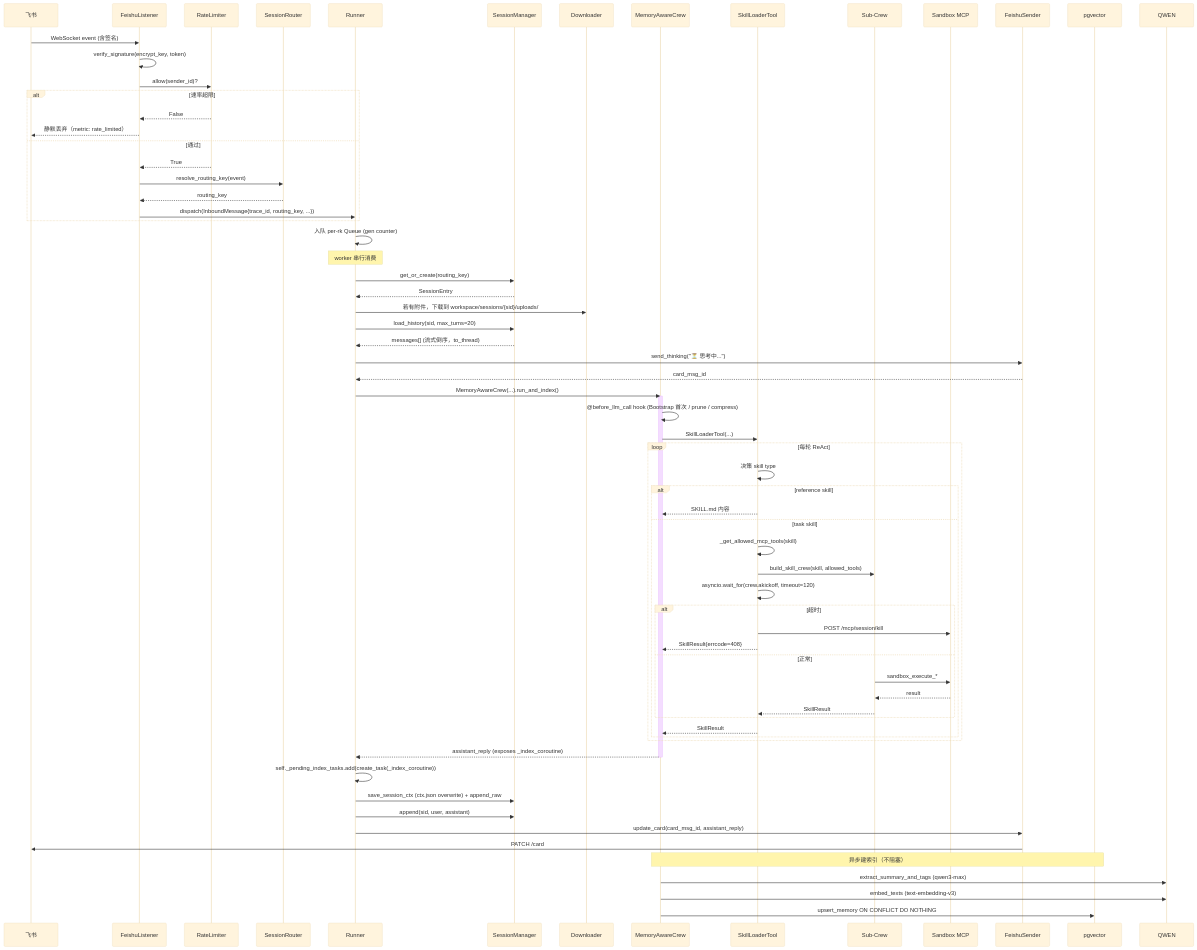
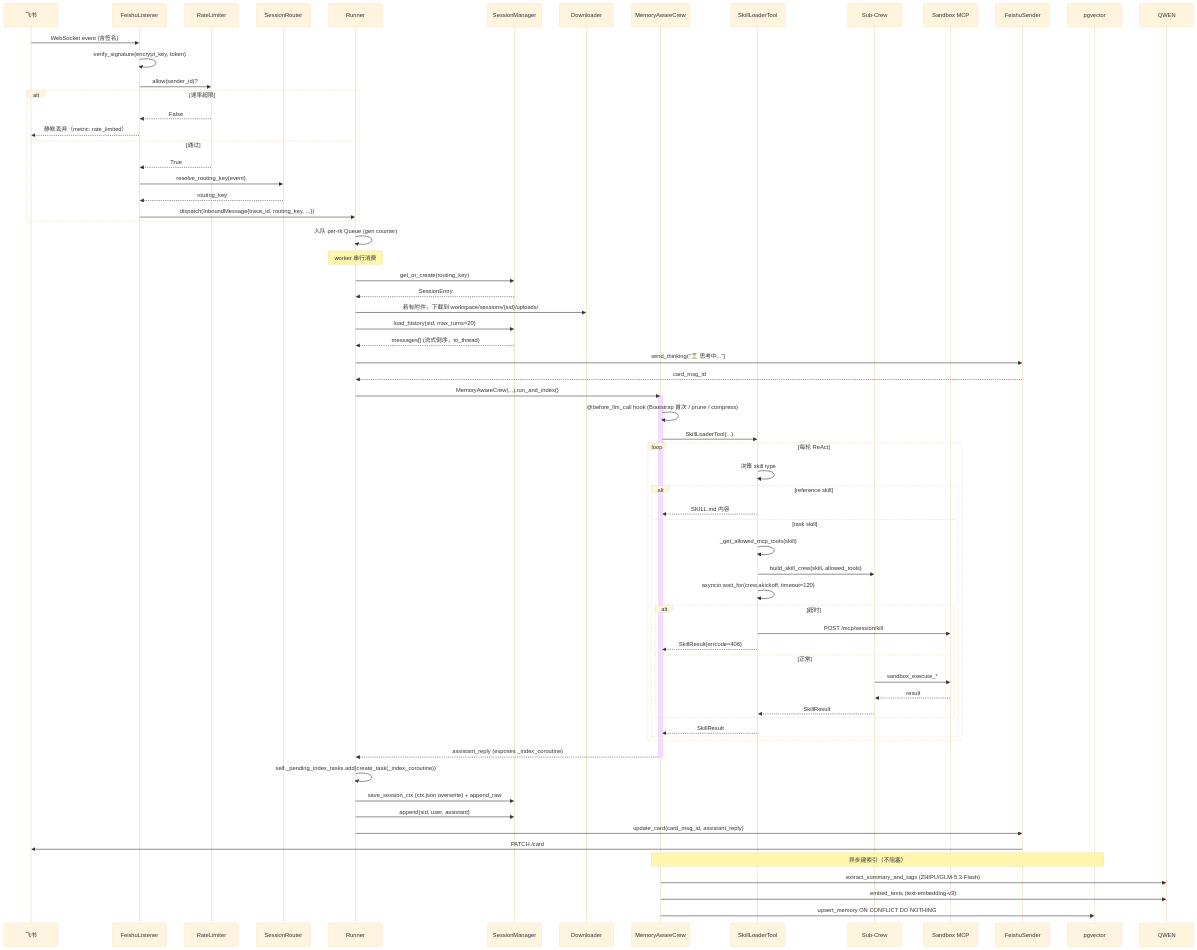
Before and after one commit to Philip-LZ/feishu_agent: the second of 3 diagrams in docs/01-architecture.md, drawn with Mermaid (base theme). The commit also changed 45 other files, not shown here.

Commit message:
change model from qwen3-max to ZHIPU/GLM-5.3-Flash

````diff
--- a/docs/01-architecture.md
+++ b/docs/01-architecture.md
@@ -136,78 +136,78 @@
 ```mermaid
 sequenceDiagram
     participant F as 飞书
     participant FL as FeishuListener
     participant RL as RateLimiter
     participant SR as SessionRouter
     participant R as Runner
     participant SM as SessionManager
     participant DL as Downloader
     participant MC as MemoryAwareCrew
     participant SLT as SkillLoaderTool
     participant SC as Sub-Crew
     participant SB as Sandbox MCP
     participant FS as FeishuSender
     participant PGV as pgvector
 
     F->>FL: WebSocket event (含签名)
     FL->>FL: verify_signature(encrypt_key, token)
     FL->>RL: allow(sender_id)?
     alt 速率超限
         RL-->>FL: False
         FL-->>F: 静默丢弃（metric: rate_limited）
     else 通过
         RL-->>FL: True
         FL->>SR: resolve_routing_key(event)
         SR-->>FL: routing_key
         FL->>R: dispatch(InboundMessage{trace_id, routing_key, ...})
     end
 
     R->>R: 入队 per-rk Queue (gen counter)
 
     Note over R: worker 串行消费
     R->>SM: get_or_create(routing_key)
     SM-->>R: SessionEntry
     R->>DL: 若有附件，下载到 workspace/sessions/{sid}/uploads/
     R->>SM: load_history(sid, max_turns=20)
     SM-->>R: messages[] (流式倒序，to_thread)
 
     R->>FS: send_thinking("⏳ 思考中...")
     FS-->>R: card_msg_id
     R->>MC: MemoryAwareCrew(...).run_and_index()
 
     activate MC
     MC->>MC: @before_llm_call hook (Bootstrap 首次 / prune / compress)
     MC->>SLT: SkillLoaderTool(...)
     loop 每轮 ReAct
         SLT->>SLT: 决策 skill type
         alt reference skill
             SLT-->>MC: SKILL.md 内容
         else task skill
             SLT->>SLT: _get_allowed_mcp_tools(skill)
             SLT->>SC: build_skill_crew(skill, allowed_tools)
             SLT->>SLT: asyncio.wait_for(crew.akickoff, timeout=120)
             alt 超时
                 SLT->>SB: POST /mcp/session/kill
                 SLT-->>MC: SkillResult{errcode=408}
             else 正常
                 SC->>SB: sandbox_execute_*
                 SB-->>SC: result
                 SC-->>SLT: SkillResult
             end
             SLT-->>MC: SkillResult
         end
     end
     MC-->>R: assistant_reply (exposes _index_coroutine)
     deactivate MC
 
     R->>R: self._pending_index_tasks.add(create_task(_index_coroutine))
     R->>SM: save_session_ctx (ctx.json overwrite) + append_raw
     R->>SM: append(sid, user, assistant)
     R->>FS: update_card(card_msg_id, assistant_reply)
     FS->>F: PATCH /card
 
     Note over MC, PGV: 异步建索引（不阻塞）
-    MC->>QWEN: extract_summary_and_tags (qwen3-max)
+    MC->>QWEN: extract_summary_and_tags (ZHIPU/GLM-5.3-Flash)
     MC->>QWEN: embed_texts (text-embedding-v3)
     MC->>PGV: upsert_memory ON CONFLICT DO NOTHING
 ```
````
